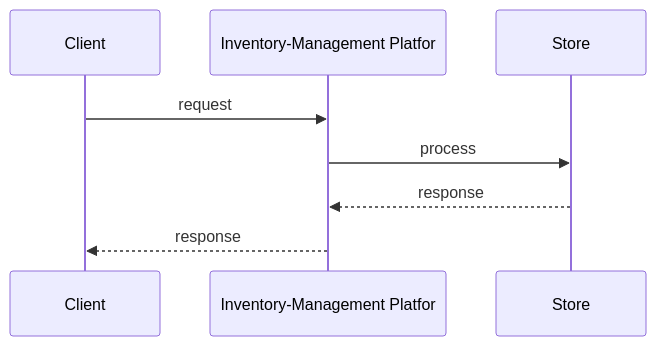
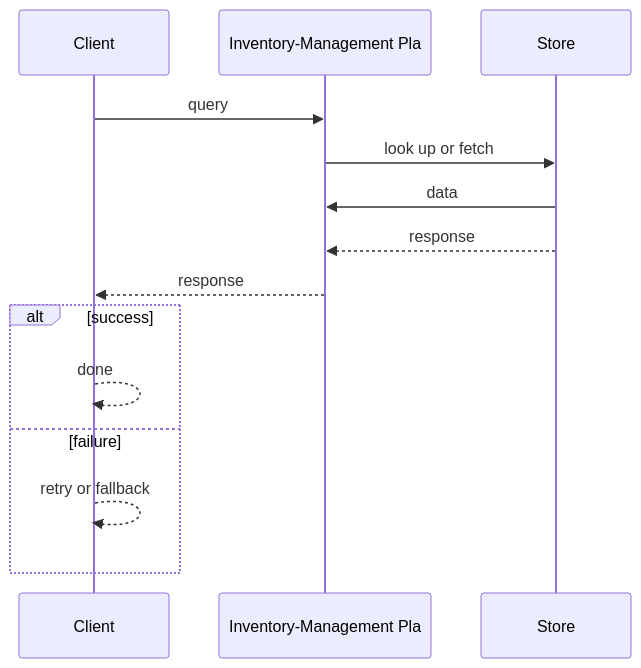
Before and after one commit to RIT-MESH/system-design-mastery: the second of 3 diagrams in case-studies/advanced/inventory-management.md, drawn with Mermaid. The commit also changed other lines of this file and 215 other files, not shown here.

First line of the commit message:
Complete all remaining work: expand case studies, add 13 AI case studies, fix diagrams, status to Complete

````diff
--- a/case-studies/advanced/inventory-management.md
+++ b/case-studies/advanced/inventory-management.md
@@ -126,11 +153,17 @@
 ```mermaid
 %% created-for: system-design-mastery
 sequenceDiagram
   participant P0 as Client
-  participant P1 as Inventory-Management Platfor
+  participant P1 as Inventory-Management Pla
   participant P2 as Store
-  P0 ->> P1: request
-  P1 ->> P2: process
+  P0 ->> P1: query
+  P1 ->> P2: look up or fetch
+  P2 ->> P1: data
   P2 -->> P1: response
   P1 -->> P0: response
+  alt success
+    P0 -->> P0: done
+  else failure
+    P0 -->> P0: retry or fallback
+  end
 ```
````
